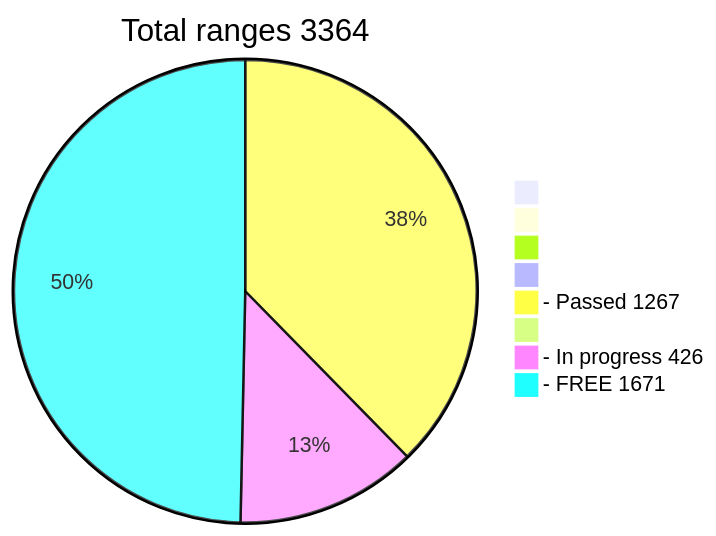
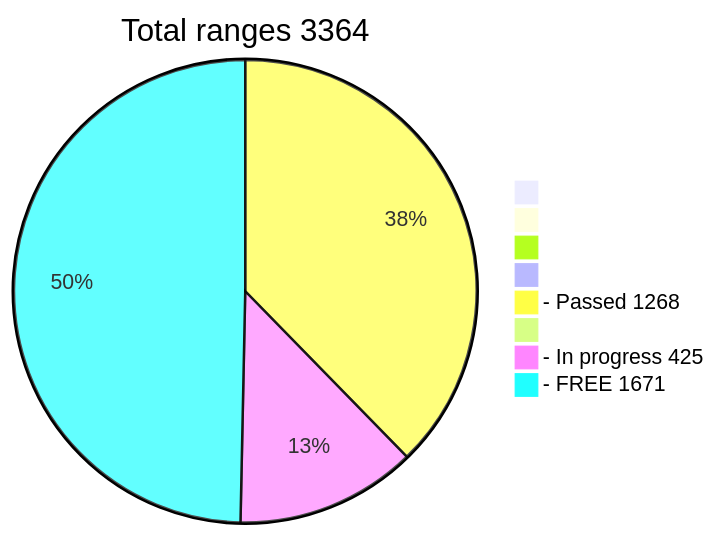
Before and after one commit to phrutis/wif500: the diagram in README.md, drawn with Mermaid.

````diff
--- a/README.md
+++ b/README.md
@@ -16,12 +16,12 @@
 ```mermaid
 pie title Total ranges 3364
              " " : 0
             "  " : 0
            "   " : 0
           "    " : 0
-  "- Passed 1267" : 1267
+  "- Passed 1268" : 1268
          "     " : 0
-  "- In progress 426" : 426
+  "- In progress 425" : 425
    "- FREE 1671" : 1671
    
 ```
````
